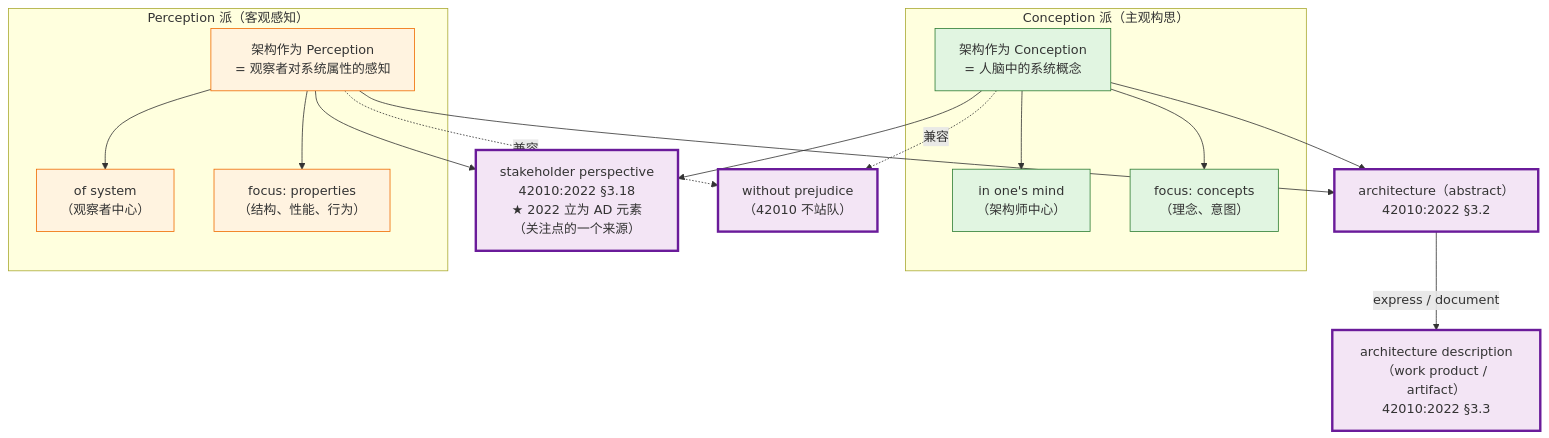
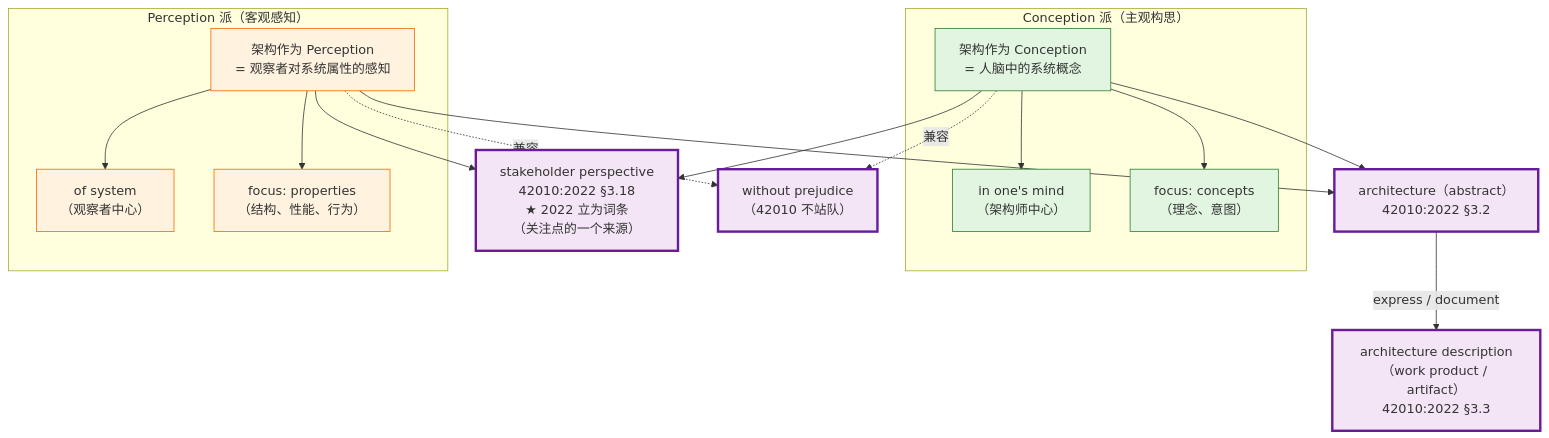
Before and after one commit to Yongjunzhou/business-Engineering: the ninth of 17 diagrams in 10-系统工程研究/00-系统工程相关研究报告/22-架构、概念、属性研究报告—术语权威定义与对照分析.md, drawn with Mermaid. The commit also changed other lines of this file and 30 other files, not shown here.

````diff
--- a/10-系统工程研究/00-系统工程相关研究报告/22-架构、概念、属性研究报告—术语权威定义与对照分析.md
+++ b/10-系统工程研究/00-系统工程相关研究报告/22-架构、概念、属性研究报告—术语权威定义与对照分析.md
@@ -752,39 +767,39 @@
 ```mermaid
 flowchart TB
     subgraph "Conception 派（主观构思）"
         C["架构作为 Conception<br/>= 人脑中的系统概念"]
         IC["in one's mind<br/>（架构师中心）"]
         CF["focus: concepts<br/>（理念、意图）"]
         C --> IC
         C --> CF
     end
 
     subgraph "Perception 派（客观感知）"
         P["架构作为 Perception<br/>= 观察者对系统属性的感知"]
         IP["of system<br/>（观察者中心）"]
         PF["focus: properties<br/>（结构、性能、行为）"]
         P --> IP
         P --> PF
     end
 
     ARCH["architecture（abstract）<br/>42010:2022 §3.2"]
     AD["architecture description<br/>（work product / artifact）<br/>42010:2022 §3.3"]
-    SP["stakeholder perspective<br/>42010:2022 §3.18<br/>★ 2022 立为 AD 元素<br/>（关注点的一个来源）"]
+    SP["stakeholder perspective<br/>42010:2022 §3.18<br/>★ 2022 立为词条<br/>（关注点的一个来源）"]
 
     C --> ARCH
     P --> ARCH
     ARCH -->|"express / document"| AD
     C --> SP
     P --> SP
 
     WITHOUT["without prejudice<br/>（42010 不站队）"]
     C -.兼容.-> WITHOUT
     P -.兼容.-> WITHOUT
 
     classDef conception fill:#e1f5e1,stroke:#2e7d32
     classDef perception fill:#fff3e0,stroke:#ef6c00
     classDef center fill:#f3e5f5,stroke:#6a1b9a,stroke-width:3px
     class C,IC,CF conception
     class P,IP,PF perception
     class ARCH,AD,SP,WITHOUT center
 ```
````
